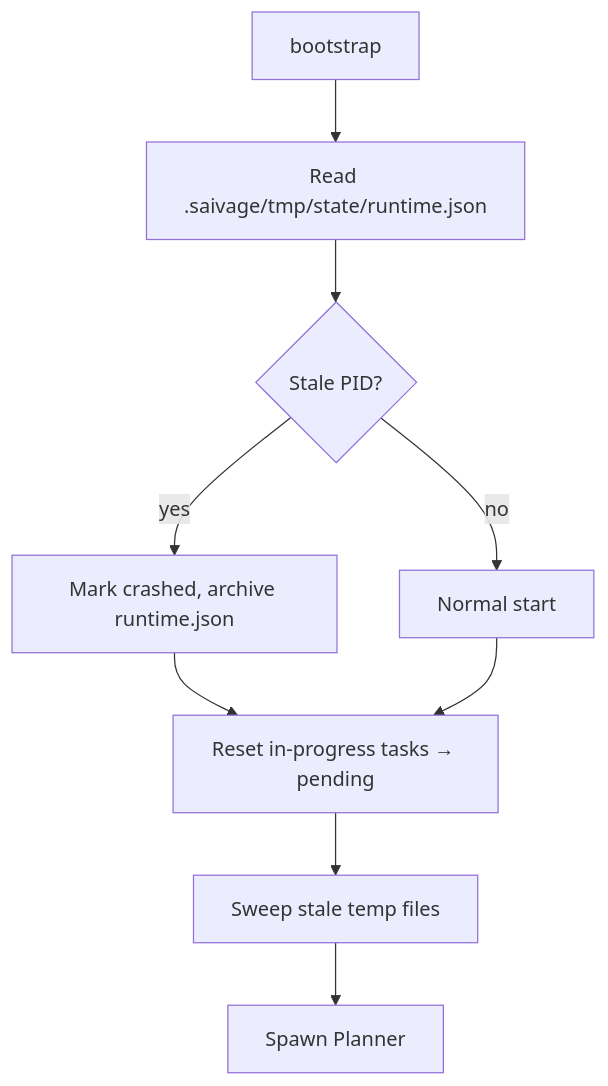
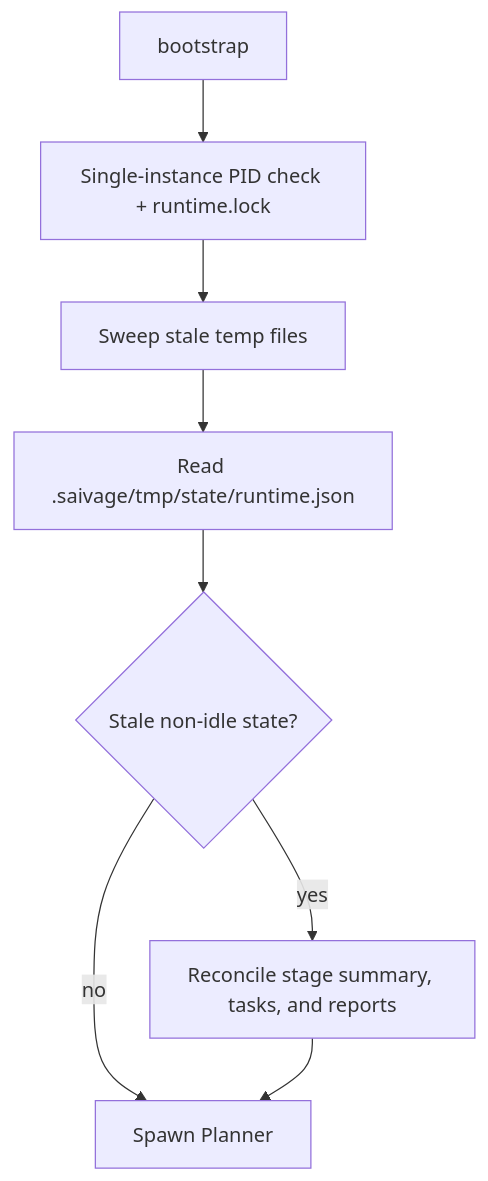
The diagram in docs/internals/runtime/abort-recovery.md (salva/saivage), drawn with Mermaid before and after one commit. The commit also changed other lines of this file, not shown here.

First line of the commit message:
docs: wave 10 — accuracy fixes for docs/internals/runtime/abort-recovery.md

````diff
--- a/docs/internals/runtime/abort-recovery.md
+++ b/docs/internals/runtime/abort-recovery.md
@@ -55,11 +60,10 @@
 ```mermaid
 flowchart TD
-    A[bootstrap] --> B[Read .saivage/tmp/state/runtime.json]
-    B --> C{Stale PID?}
-    C -- yes --> D[Mark crashed, archive runtime.json]
-    C -- no  --> E[Normal start]
-    D --> F[Reset in-progress tasks → pending]
-    E --> F
-    F --> G[Sweep stale temp files]
-    G --> H[Spawn Planner]
+  A[bootstrap] --> B[Single-instance PID check + runtime.lock]
+  B --> C[Sweep stale temp files]
+  C --> D[Read .saivage/tmp/state/runtime.json]
+  D --> E{Stale non-idle state?}
+  E -- yes --> F[Reconcile stage summary, tasks, and reports]
+  E -- no --> H[Spawn Planner]
+  F --> H
 ```
````
